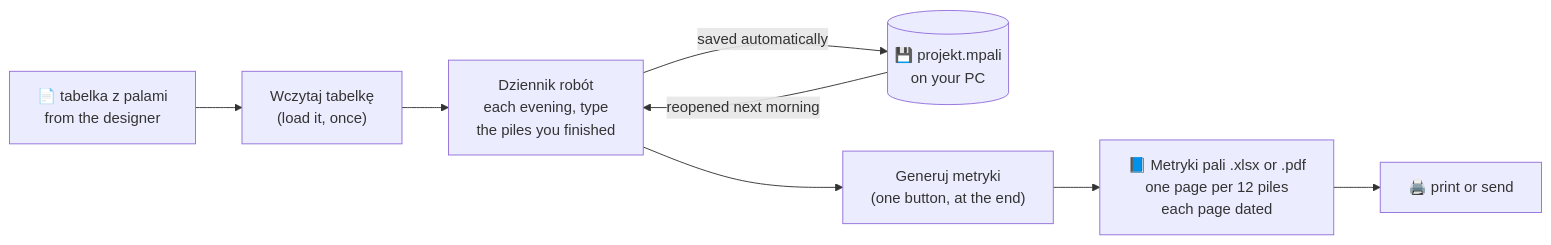
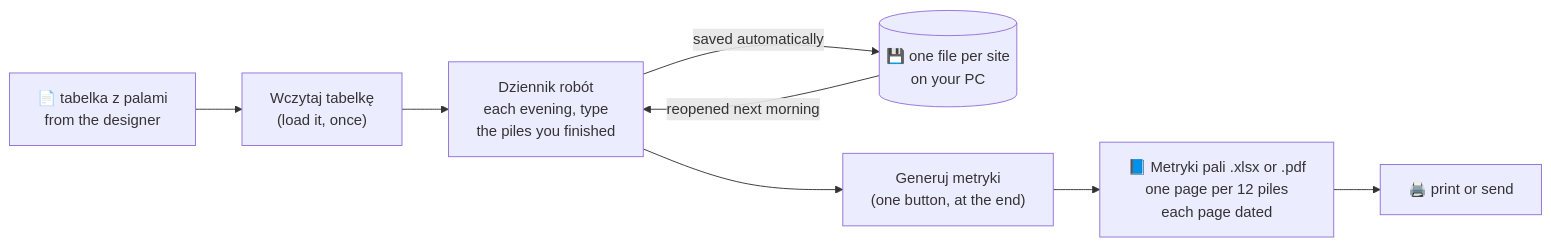
One commit to Zaksor/KamilPile changed the first of 3 diagrams in README.md. Above: the diagram before and after it, drawn with Mermaid. The commit also changed other lines of this file and 10 other files, not shown here.

````diff
--- a/README.md
+++ b/README.md
@@ -30,10 +30,10 @@
 ```mermaid
 flowchart LR
     A["📄 tabelka z palami<br/>from the designer"] --> B["Wczytaj tabelkę<br/>(load it, once)"]
     B --> C["Dziennik robót<br/>each evening, type<br/>the piles you finished"]
-    C -->|"saved automatically"| D[("💾 projekt.mpali<br/>on your PC")]
+    C -->|"saved automatically"| D[("💾 one file per site<br/>on your PC")]
     D -->|"reopened next morning"| C
     C --> E["Generuj metryki<br/>(one button, at the end)"]
     E --> F["📘 Metryki pali .xlsx or .pdf<br/>one page per 12 piles<br/>each page dated"]
     F --> G["🖨️ print or send"]
 ```
````
